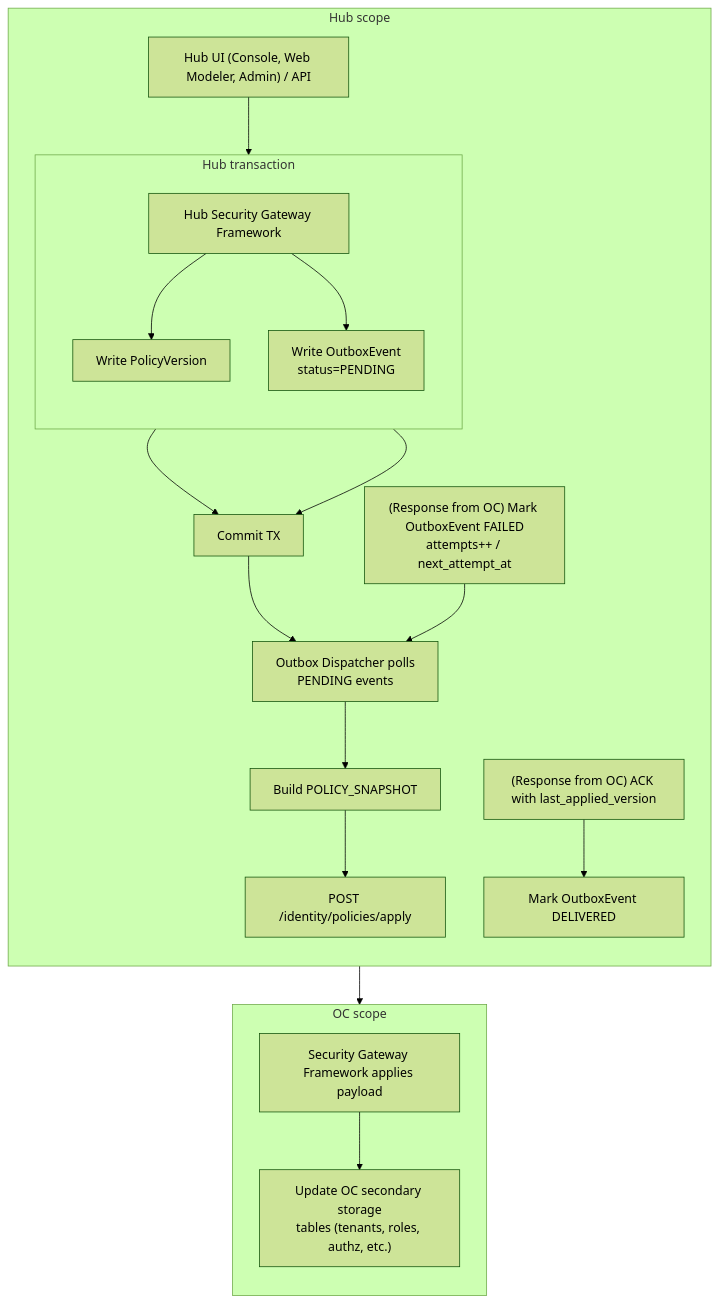
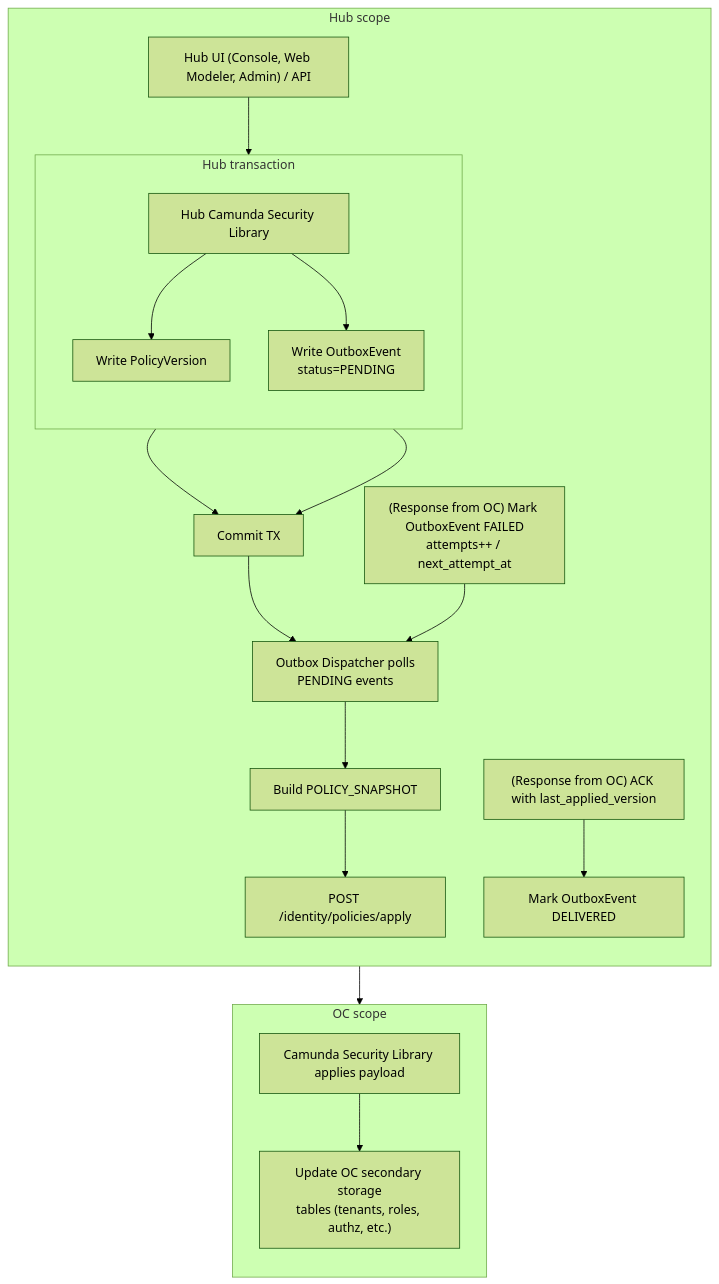
Before and after one commit to camunda/camunda-security-library: the eighth of 22 diagrams in docs/architecture_docs.md, drawn with Mermaid (forest theme). The commit also changed other lines of this file and 6 other files, not shown here.

````diff
--- a/docs/architecture_docs.md
+++ b/docs/architecture_docs.md
@@ -747,30 +745,30 @@
 ```mermaid
 flowchart TB
   subgraph HUB["Hub scope"]
     direction TB
-    HubUi["Hub UI (Console, Web Modeler, Admin) / API"] --> HubSvc["Hub Security Gateway Framework"]
+    HubUi["Hub UI (Console, Web Modeler, Admin) / API"] --> HubSvc["Hub Camunda Security Library"]
 
     subgraph HubTx["Hub transaction"]
       direction TB
       HubSvc --> WritePolicy["Write PolicyVersion"]
       HubSvc --> WriteOutbox["Write OutboxEvent</br>status=PENDING"]
     end
 
     WritePolicy & WriteOutbox --> Commit["Commit TX"]
     Commit --> Poll["Outbox Dispatcher polls</br>PENDING events"]
     Poll --> Snapshot["Build POLICY_SNAPSHOT"]
     Snapshot --> Send["POST /identity/policies/apply"]
     Ack["(Response from OC) ACK with last_applied_version"] --> Delivered["Mark OutboxEvent DELIVERED"]
     Failed["(Response from OC) Mark OutboxEvent FAILED</br>attempts++ / next_attempt_at"] --> Poll
   end
 
   subgraph OC_SCOPE["OC scope"]
     direction TB
-    OCApply["Security Gateway Framework applies payload"]
+    OCApply["Camunda Security Library applies payload"]
     UpdateStorage["Update OC secondary storage</br>tables (tenants, roles, authz, etc.)"]
 
     OCApply --> UpdateStorage
   end
 
   Send --> OCApply
 ```
````
